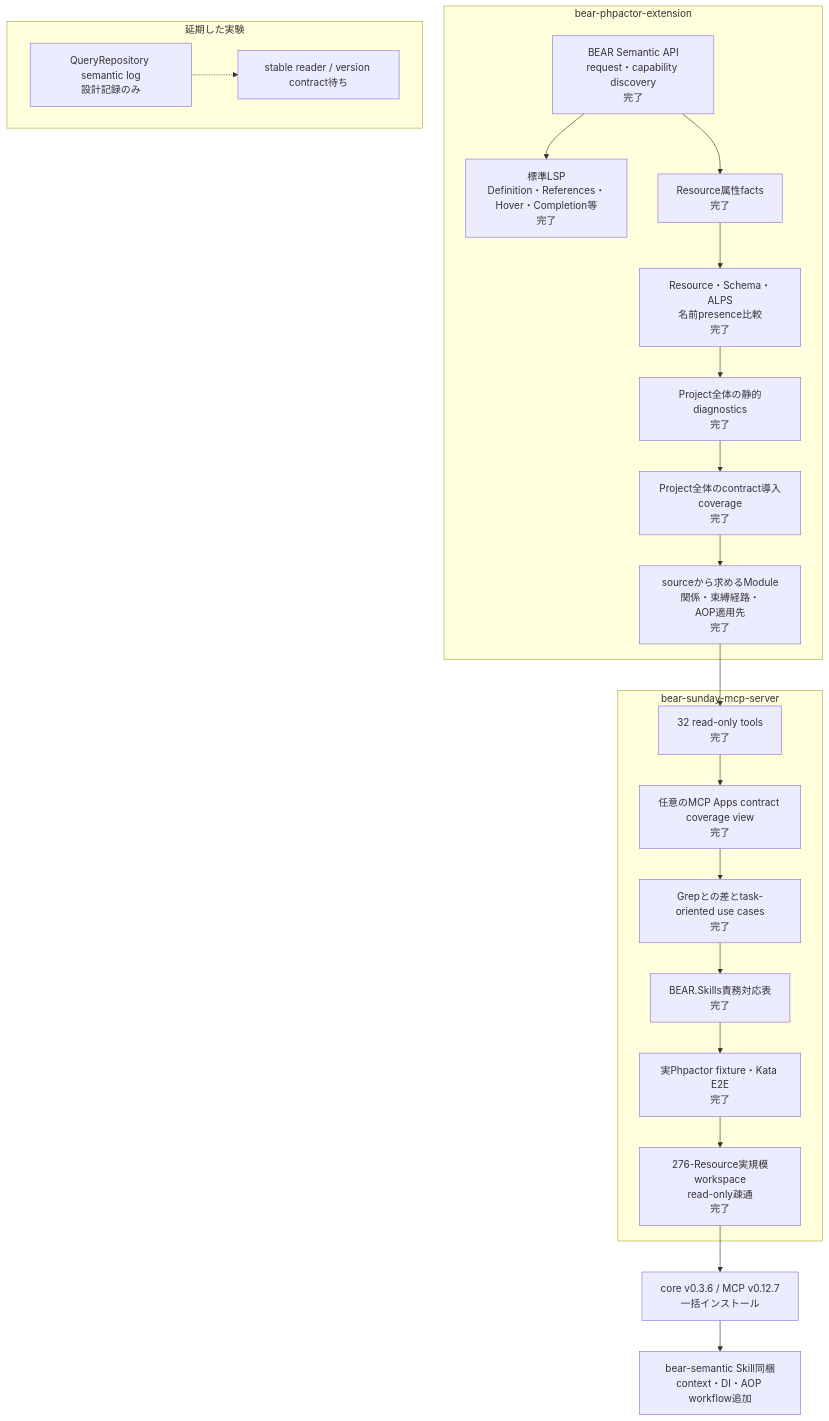
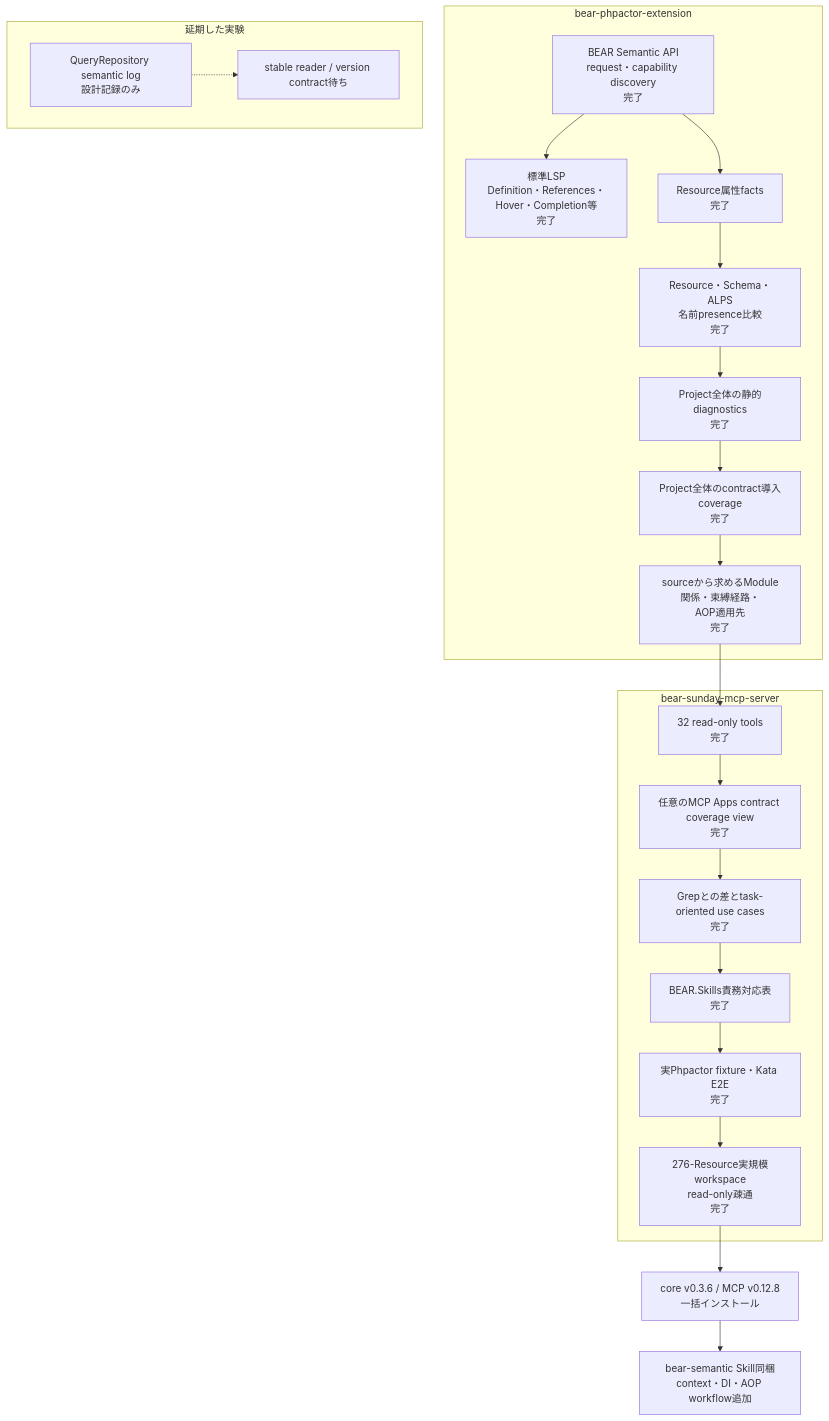
The diagram in docs/project-status.ja.md (suzumaze/bear-sunday-mcp-server), drawn with Mermaid before and after one commit. The commit also changed other lines of this file and 3 other files, not shown here.

````diff
--- a/docs/project-status.ja.md
+++ b/docs/project-status.ja.md
@@ -8,35 +8,35 @@
 ```mermaid
 flowchart TB
     subgraph Core["bear-phpactor-extension"]
         C1["BEAR Semantic API<br/>request・capability discovery<br/>完了"]
         C2["標準LSP<br/>Definition・References・Hover・Completion等<br/>完了"]
         C3["Resource属性facts<br/>完了"]
         C4["Resource・Schema・ALPS<br/>名前presence比較<br/>完了"]
         C5["Project全体の静的diagnostics<br/>完了"]
         C6["Project全体のcontract導入coverage<br/>完了"]
         C7["sourceから求めるModule関係・束縛経路・<br/>AOP適用先<br/>完了"]
         C1 --> C2
         C1 --> C3 --> C4 --> C5 --> C6 --> C7
     end
 
     subgraph MCP["bear-sunday-mcp-server"]
         M1["32 read-only tools<br/>完了"]
         M0["任意のMCP Apps contract coverage view<br/>完了"]
         M2["Grepとの差とtask-oriented use cases<br/>完了"]
         M3["BEAR.Skills責務対応表<br/>完了"]
         M4["実Phpactor fixture・Kata E2E<br/>完了"]
         M5["276-Resource実規模workspace<br/>read-only疎通<br/>完了"]
         M1 --> M0 --> M2 --> M3 --> M4 --> M5
     end
 
     C7 --> M1
 
     subgraph Deferred["延期した実験"]
         D1["QueryRepository semantic log<br/>設計記録のみ"]
         D2["stable reader / version contract待ち"]
         D1 -.-> D2
     end
 
-    M5 --> R1["core v0.3.6 / MCP v0.12.7<br/>一括インストール"]
+    M5 --> R1["core v0.3.6 / MCP v0.12.8<br/>一括インストール"]
     R1 --> S1["bear-semantic Skill同梱<br/>context・DI・AOP workflow追加"]
 ```
````
